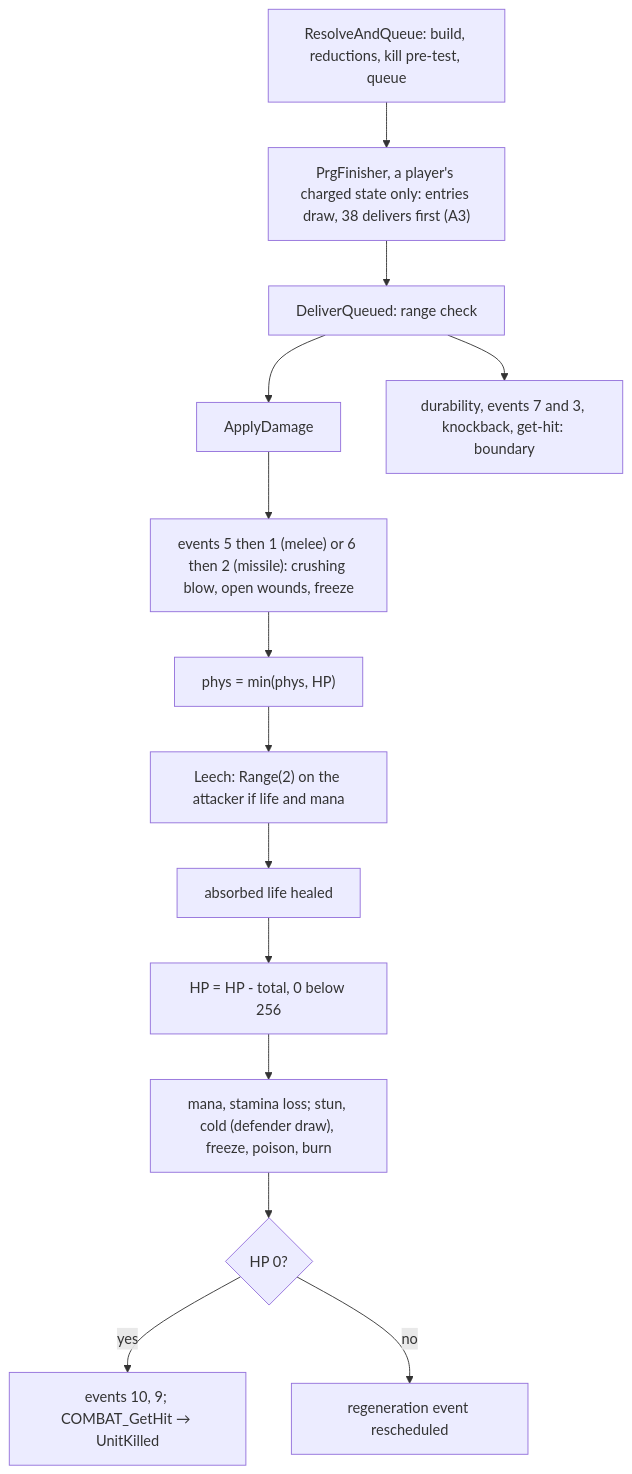
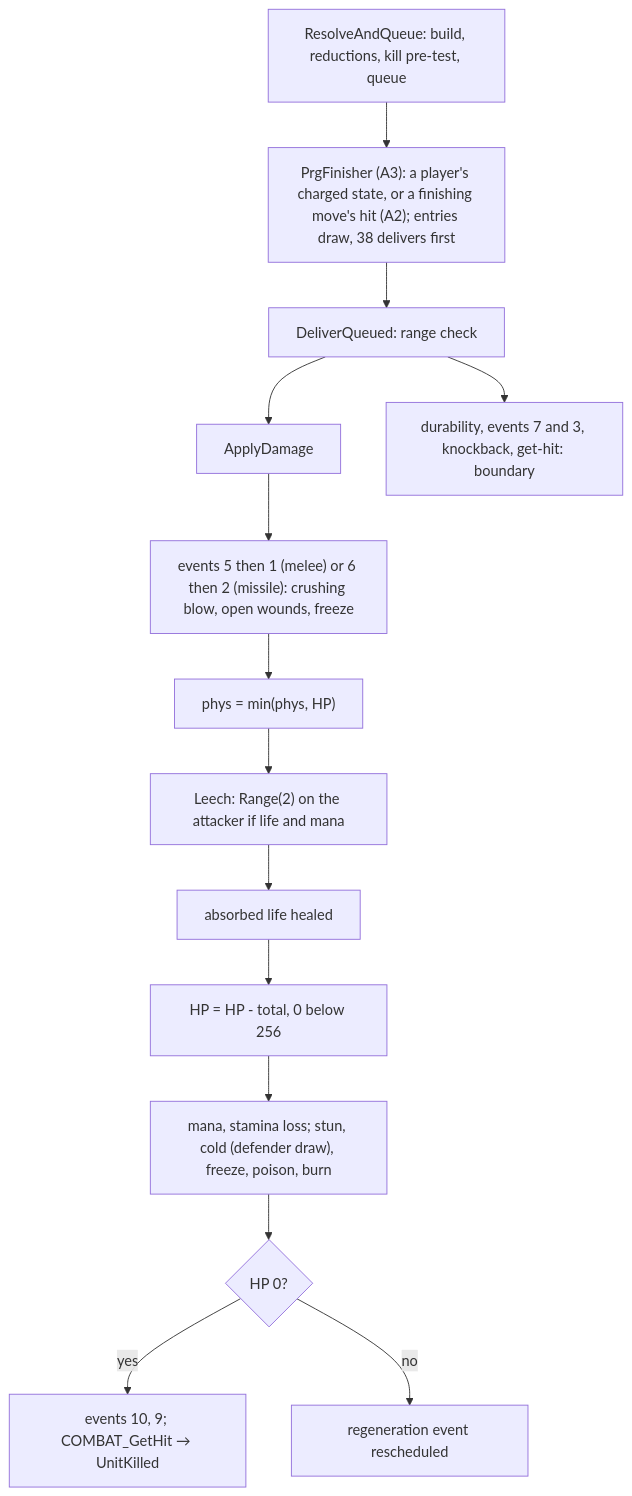
One commit to IgorKonovalov/diablo-2-recompilation changed the first of 2 diagrams in docs/specs/combat/delivery.md. Above: the diagram before and after it, drawn with Mermaid. The commit also changed other lines of this file and 3 other files, not shown here.

````diff
--- a/docs/specs/combat/delivery.md
+++ b/docs/specs/combat/delivery.md
@@ -22,16 +22,16 @@
 ```mermaid
 flowchart TD
-  q["ResolveAndQueue: build, reductions, kill pre-test, queue"] --> fin["PrgFinisher, a player's charged state only: entries draw, 38 delivers first (A3)"]
+  q["ResolveAndQueue: build, reductions, kill pre-test, queue"] --> fin["PrgFinisher (A3): a player's charged state, or a finishing move's hit (A2); entries draw, 38 delivers first"]
   fin --> dq["DeliverQueued: range check"]
   dq --> ad["ApplyDamage"]
   ad --> ev["events 5 then 1 (melee) or 6 then 2 (missile): crushing blow, open wounds, freeze"]
   ev --> cap["phys = min(phys, HP)"]
   cap --> le["Leech: Range(2) on the attacker if life and mana"]
   le --> ab["absorbed life healed"]
   ab --> hp["HP = HP - total, 0 below 256"]
   hp --> fx["mana, stamina loss; stun, cold (defender draw), freeze, poison, burn"]
   fx --> k{"HP 0?"}
   k -->|yes| kill["events 10, 9; COMBAT_GetHit → UnitKilled"]
   k -->|no| reg["regeneration event rescheduled"]
   dq --> extra["durability, events 7 and 3, knockback, get-hit: boundary"]
 ```
````
